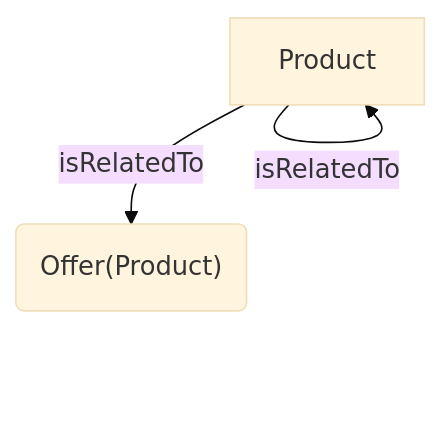
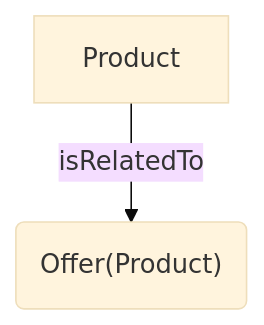
Before and after one commit to contentdesk/docs.contentdesk.io: the first of 2 diagrams in docs/schemaArchiv/isRelatedTo.md, drawn with Mermaid (base theme). The commit also changed other lines of this file, not shown here.

Commit message:
Fix relationships in isRelatedTo schema documentation; update examples to reflect correct offers

````diff
--- a/docs/schemaArchiv/isRelatedTo.md
+++ b/docs/schemaArchiv/isRelatedTo.md
@@ -15,5 +15,4 @@
 ``` mermaid
 graph TB
-  Product --> |isRelatedTo| Product
   Product --> |isRelatedTo| Offer("Offer(Product)")
 ```
````
